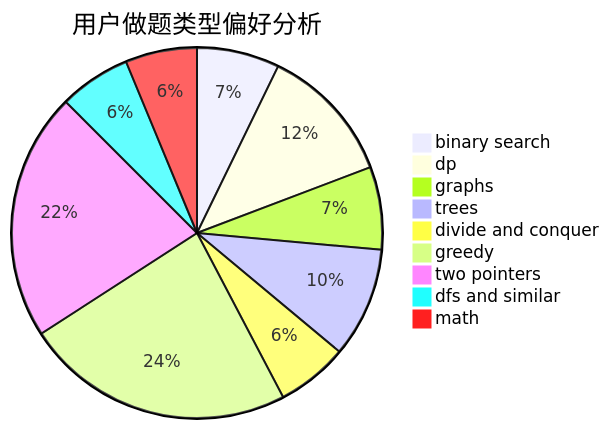
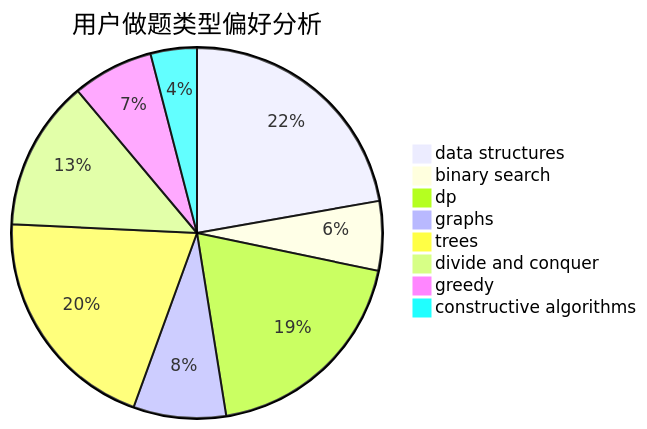
Before and after one commit to sherpahu/cfrs.github.io: the second of 3 diagrams in docs/user/u2723.md, drawn with Mermaid. The commit also changed other lines of this file and 2775 other files, not shown here.

````diff
--- a/docs/user/u2723.md
+++ b/docs/user/u2723.md
@@ -23,12 +23,11 @@
 ```mermaid
 pie title 用户做题类型偏好分析
-    "binary search" :  15
-    "dp" :  25
-    "graphs" :  15
+    "data structures" :  22
+    "binary search" :  6
+    "dp" :  19
+    "graphs" :  8
     "trees" :  20
     "divide and conquer" :  13
-    "greedy" :  49
-    "two pointers" :  45
-    "dfs and similar" :  13
-    "math" :  13
+    "greedy" :  7
+    "constructive algorithms" :  4
 ```
````
